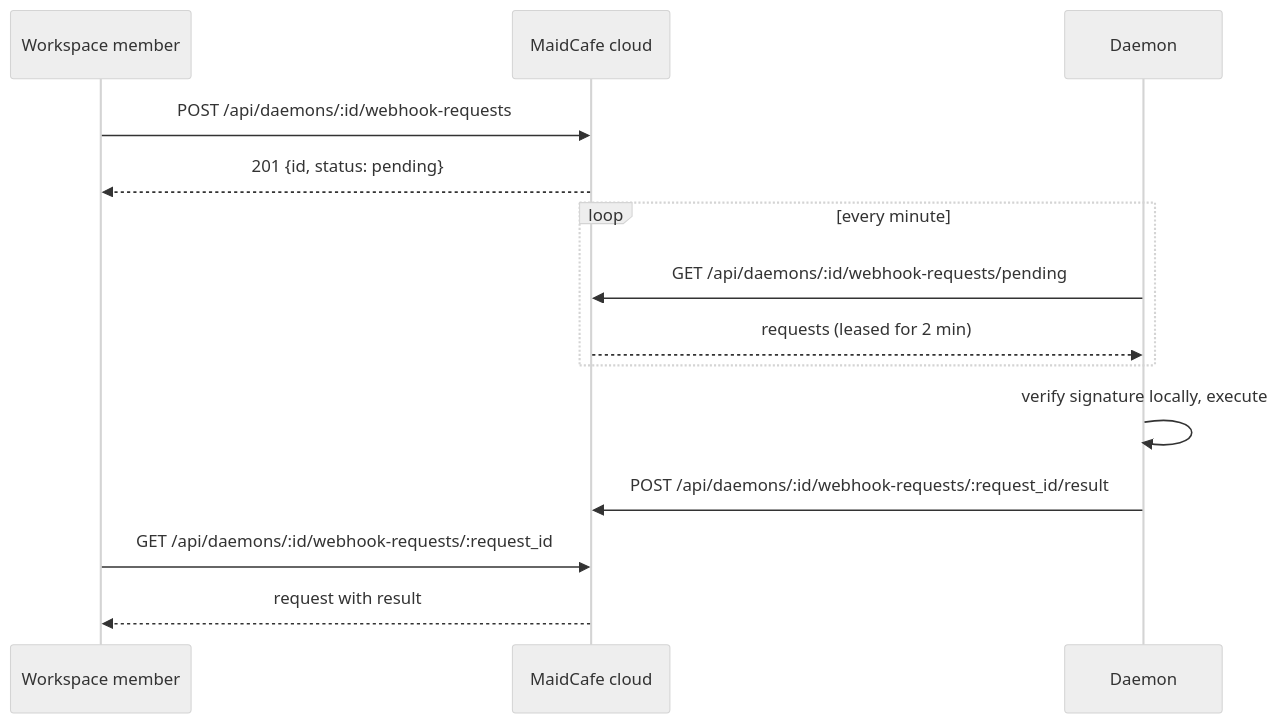
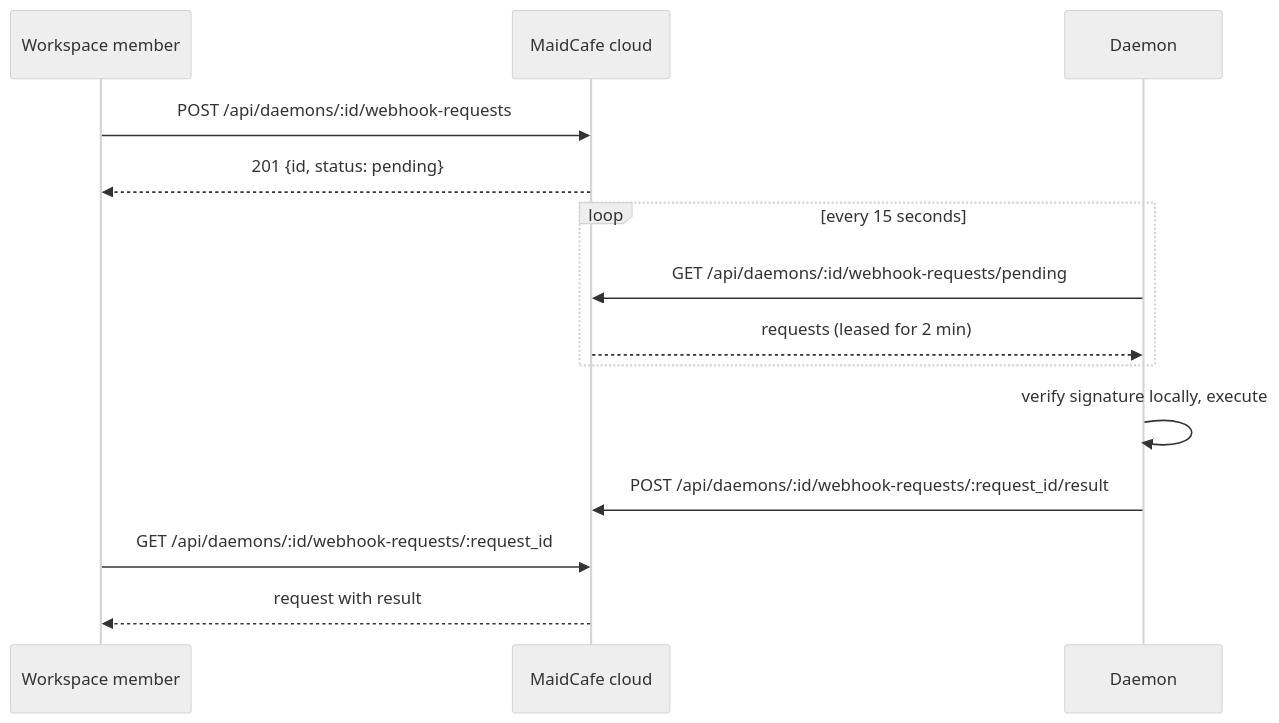
The diagram in docs/webhooks.md (Solsynth/MaidCafe), drawn with Mermaid (neutral theme) before and after one commit. The commit also changed other lines of this file and 6 other files, not shown here.

````diff
--- a/docs/webhooks.md
+++ b/docs/webhooks.md
@@ -156,16 +156,16 @@
 ```mermaid
 sequenceDiagram
     participant U as Workspace member
     participant C as MaidCafe cloud
     participant D as Daemon
     U->>C: POST /api/daemons/:id/webhook-requests
     C-->>U: 201 {id, status: pending}
-    loop every minute
+    loop every 15 seconds
         D->>C: GET /api/daemons/:id/webhook-requests/pending
         C-->>D: requests (leased for 2 min)
     end
     D->>D: verify signature locally, execute
     D->>C: POST /api/daemons/:id/webhook-requests/:request_id/result
     U->>C: GET /api/daemons/:id/webhook-requests/:request_id
     C-->>U: request with result
 ```
````
